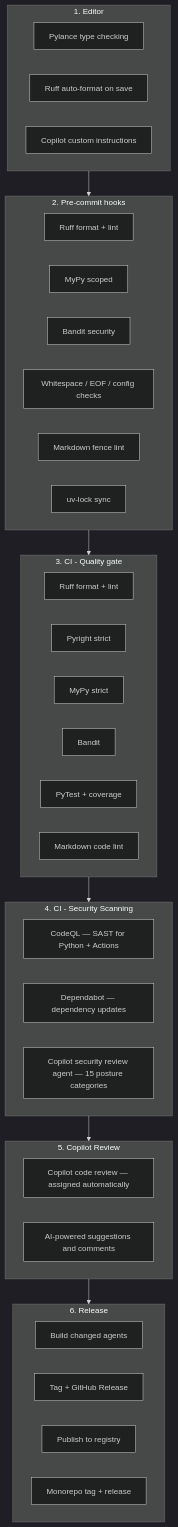
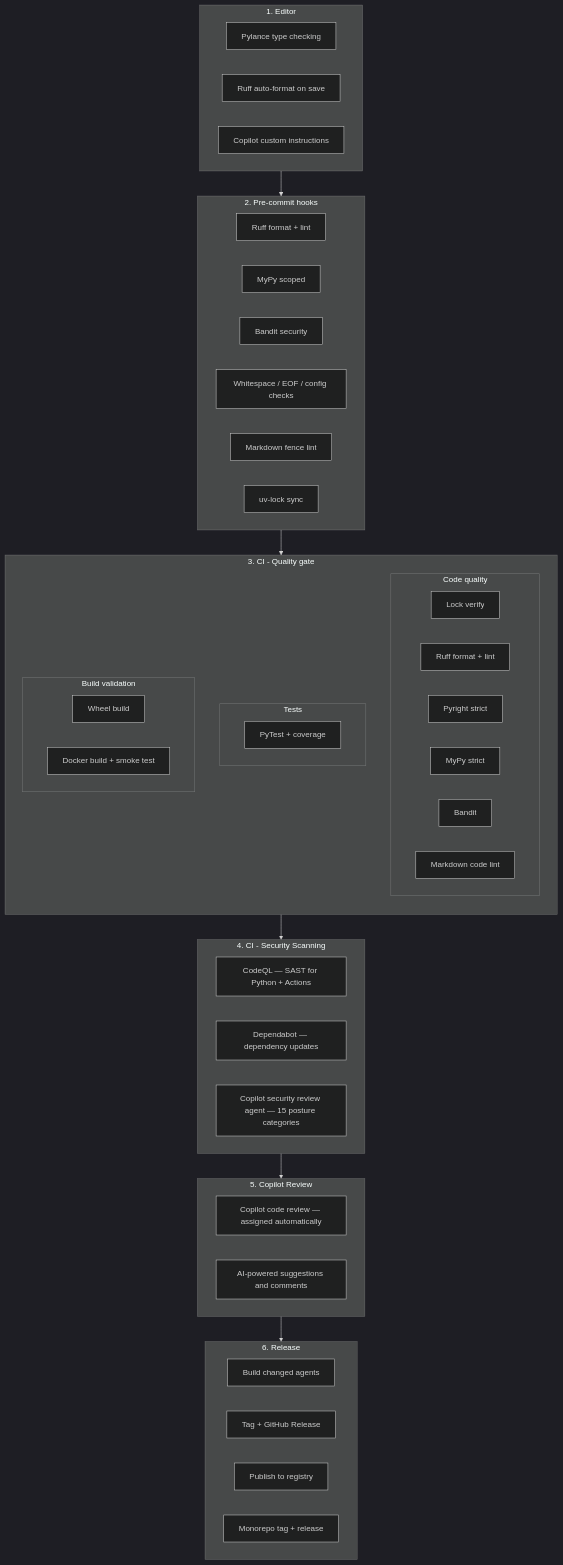
One commit to pmalarme/python-agent-template changed the first of 9 diagrams in README.md. Above: the diagram before and after it, drawn with Mermaid (dark theme). The commit also changed other lines of this file and 12 other files, not shown here.

````diff
--- a/README.md
+++ b/README.md
@@ -15,56 +15,68 @@
 ```mermaid
 flowchart TB
     subgraph L1["1. Editor"]
         direction LR
         E1[Pylance type checking]
         E2[Ruff auto-format on save]
         E3[Copilot custom instructions]
     end
 
     subgraph L2["2. Pre-commit hooks"]
         direction LR
         H1[Ruff format + lint]
         H2[MyPy scoped]
         H3[Bandit security]
         H4[Whitespace / EOF / config checks]
         H5[Markdown fence lint]
         H6[uv-lock sync]
     end
 
-    subgraph L3["3. CI -  Quality gate"]
-        direction LR
-        C1["Ruff format + lint"]
-        C2[Pyright strict]
-        C3[MyPy strict]
-        C4[Bandit]
-        C5[PyTest + coverage]
-        C6[Markdown code lint]
+    subgraph L3["3. CI - Quality gate"]
+        direction TB
+        subgraph L3a["Code quality"]
+            direction LR
+            C0[Lock verify]
+            C1["Ruff format + lint"]
+            C2[Pyright strict]
+            C3[MyPy strict]
+            C4[Bandit]
+            C5[Markdown code lint]
+        end
+        subgraph L3b["Tests"]
+            direction LR
+            T1[PyTest + coverage]
+        end
+        subgraph L3c["Build validation"]
+            direction LR
+            B1[Wheel build]
+            B2[Docker build + smoke test]
+        end
     end
 
     subgraph L4["4. CI - Security Scanning"]
         direction LR
         S1[CodeQL — SAST for Python + Actions]
         S2[Dependabot — dependency updates]
         S3[Copilot security review agent — 15 posture categories]
     end
 
     subgraph L5["5. Copilot Review"]
         direction LR
         CR1[Copilot code review — assigned automatically]
         CR2[AI-powered suggestions and comments]
     end
 
     subgraph L6["6. Release"]
         direction LR
         R1[Build changed agents]
         R2[Tag + GitHub Release]
         R3[Publish to registry]
         R4[Monorepo tag + release]
     end
 
     L1 --> L2
     L2 --> L3
     L3 --> L4
     L4 --> L5
     L5 --> L6
 ```
````
